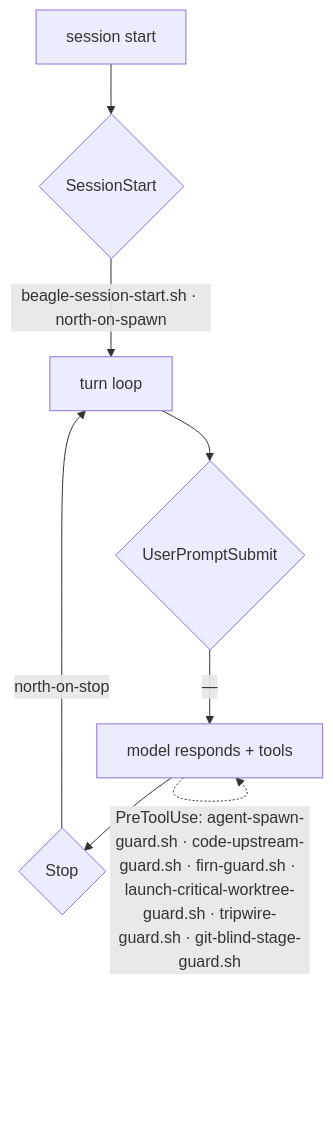
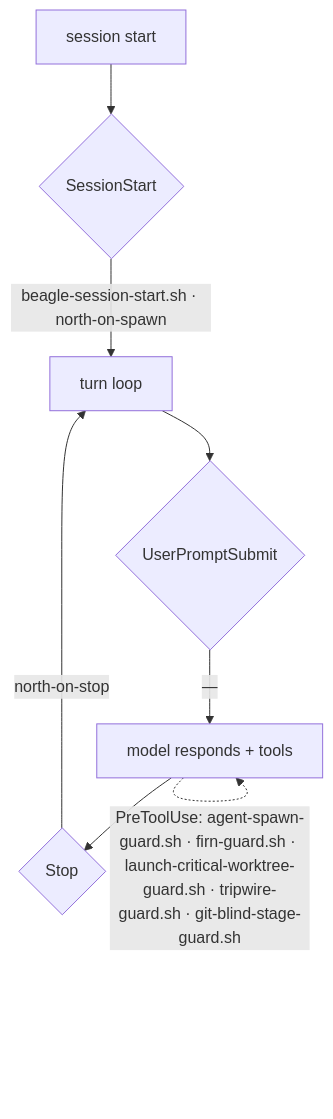
One commit to tompassarelli/firn changed the diagram in docs/claude/02-local-map.md. Above: the diagram before and after it, drawn with Mermaid. The commit also changed other lines of this file and 13 other files, not shown here.

Commit message:
Remove graph-authoring hook wiring

````diff
--- a/docs/claude/02-local-map.md
+++ b/docs/claude/02-local-map.md
@@ -48,10 +48,10 @@
 ```mermaid
 flowchart TD
   A[session start] --> B{SessionStart}
   B -->|"beagle-session-start.sh · north-on-spawn"| C[turn loop]
   C --> D{UserPromptSubmit}
   D -->|"—"| E["model responds + tools"]
-  E -.->|"PreToolUse: agent-spawn-guard.sh · code-upstream-guard.sh · firn-guard.sh · launch-critical-worktree-guard.sh · tripwire-guard.sh · git-blind-stage-guard.sh"| E
+  E -.->|"PreToolUse: agent-spawn-guard.sh · firn-guard.sh · launch-critical-worktree-guard.sh · tripwire-guard.sh · git-blind-stage-guard.sh"| E
   E --> F{Stop}
   F -->|"north-on-stop"| C
 ```
````
